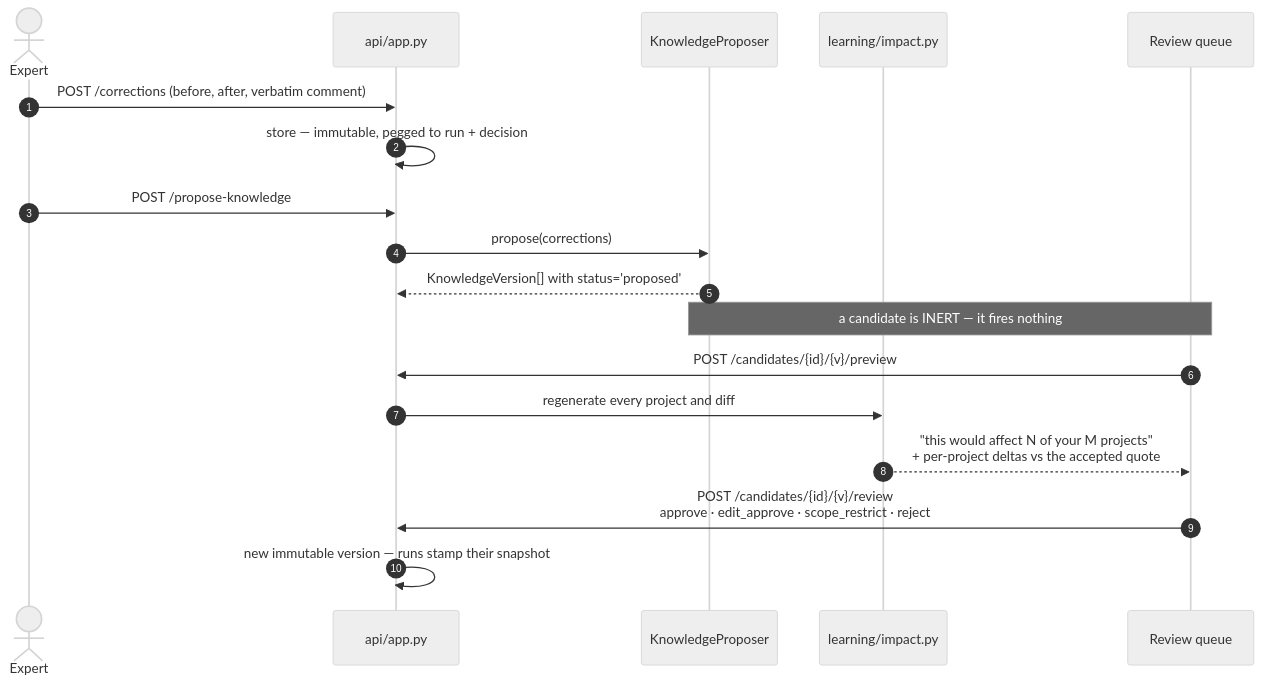
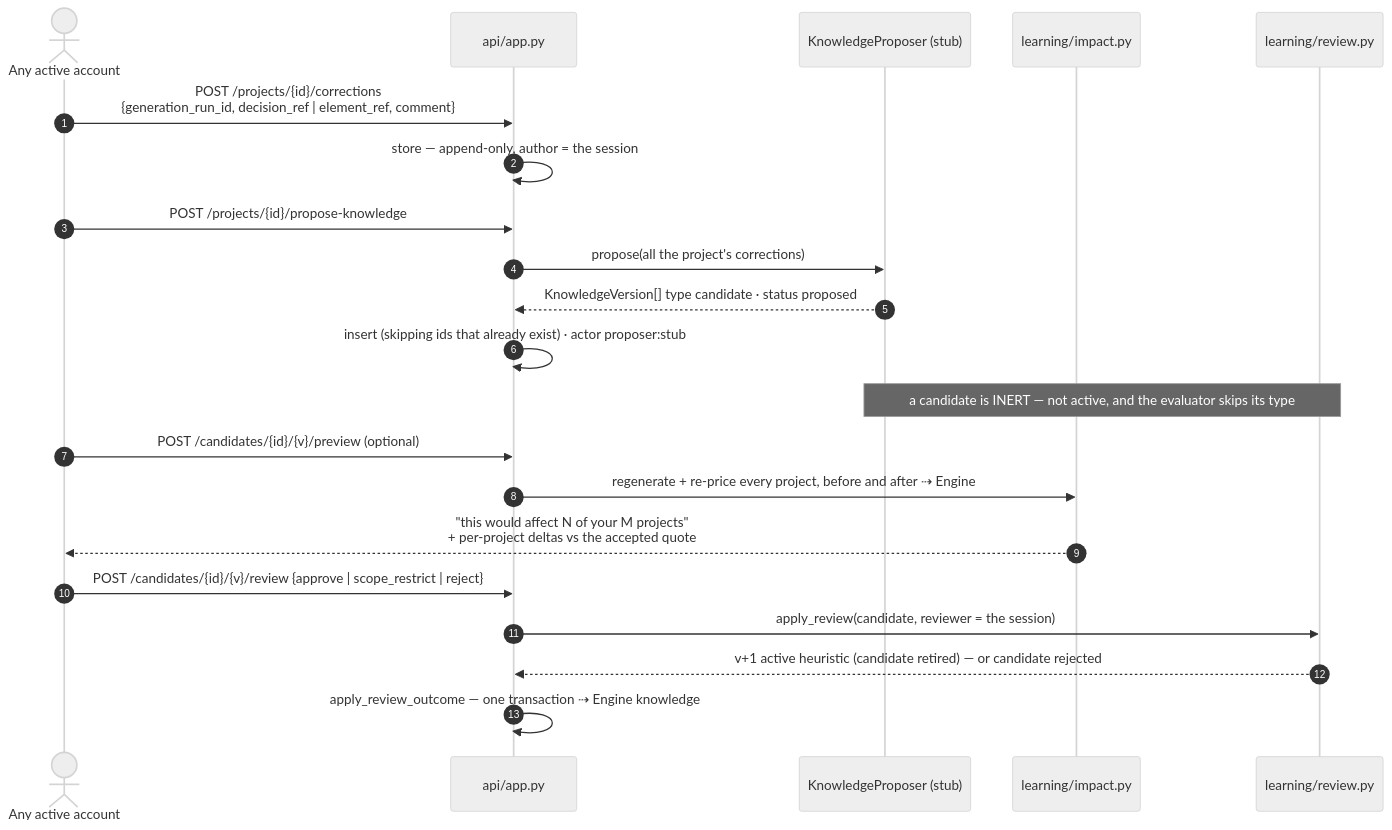
The ninth of 10 diagrams in docs/architecture/03-flows.md (spicysauce1955-stack/BOM), drawn with Mermaid (neutral theme) before and after one commit. The commit also changed other lines of this file and 14 other files, not shown here.

````diff
--- a/docs/architecture/03-flows.md
+++ b/docs/architecture/03-flows.md
@@ -137,23 +356,26 @@
 ```mermaid
 sequenceDiagram
     autonumber
-    actor E as Expert
+    actor E as Any active account
     participant A as api/app.py
-    participant KP as KnowledgeProposer
+    participant KP as KnowledgeProposer (stub)
     participant I as learning/impact.py
-    participant R as Review queue
+    participant R as learning/review.py
 
-    E->>A: POST /corrections  (before, after, verbatim comment)
-    A->>A: store — immutable, pegged to run + decision
-    E->>A: POST /propose-knowledge
-    A->>KP: propose(corrections)
-    KP-->>A: KnowledgeVersion[] with status='proposed'
+    E->>A: POST /projects/{id}/corrections<br/>{generation_run_id, decision_ref | element_ref, comment}
+    A->>A: store — append-only, author = the session
+    E->>A: POST /projects/{id}/propose-knowledge
+    A->>KP: propose(all the project's corrections)
+    KP-->>A: KnowledgeVersion[] type candidate · status proposed
+    A->>A: insert (skipping ids that already exist) · actor proposer:stub
 
-    Note over KP,R: a candidate is INERT — it fires nothing
+    Note over KP,R: a candidate is INERT — not active, and the evaluator skips its type
 
-    R->>A: POST /candidates/{id}/{v}/preview
-    A->>I: regenerate every project and diff
-    I-->>R: "this would affect N of your M projects"<br/>+ per-project deltas vs the accepted quote
-    R->>A: POST /candidates/{id}/{v}/review<br/>approve · edit_approve · scope_restrict · reject
-    A->>A: new immutable version — runs stamp their snapshot
+    E->>A: POST /candidates/{id}/{v}/preview   (optional)
+    A->>I: regenerate + re-price every project, before and after   ⇢ Engine
+    I-->>E: "this would affect N of your M projects"<br/>+ per-project deltas vs the accepted quote
+    E->>A: POST /candidates/{id}/{v}/review {approve | scope_restrict | reject}
+    A->>R: apply_review(candidate, reviewer = the session)
+    R-->>A: v+1 active heuristic (candidate retired) — or candidate rejected
+    A->>A: apply_review_outcome — one transaction   ⇢ Engine knowledge
 ```
````
